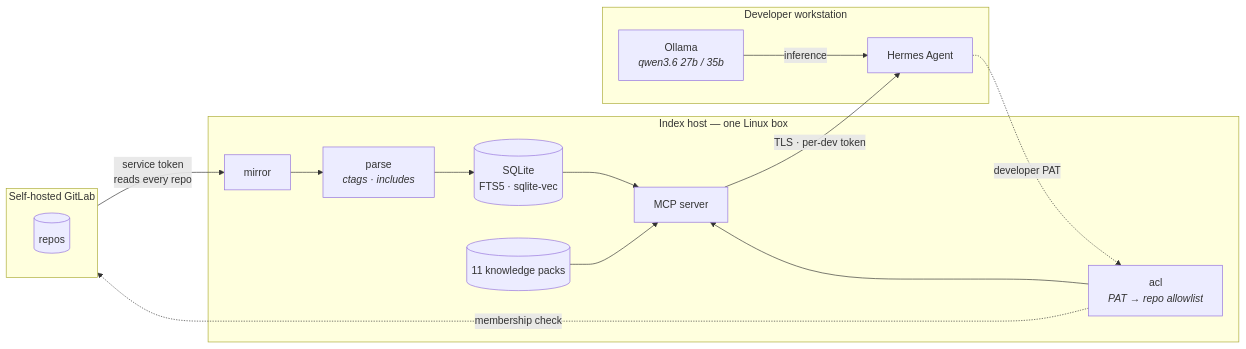
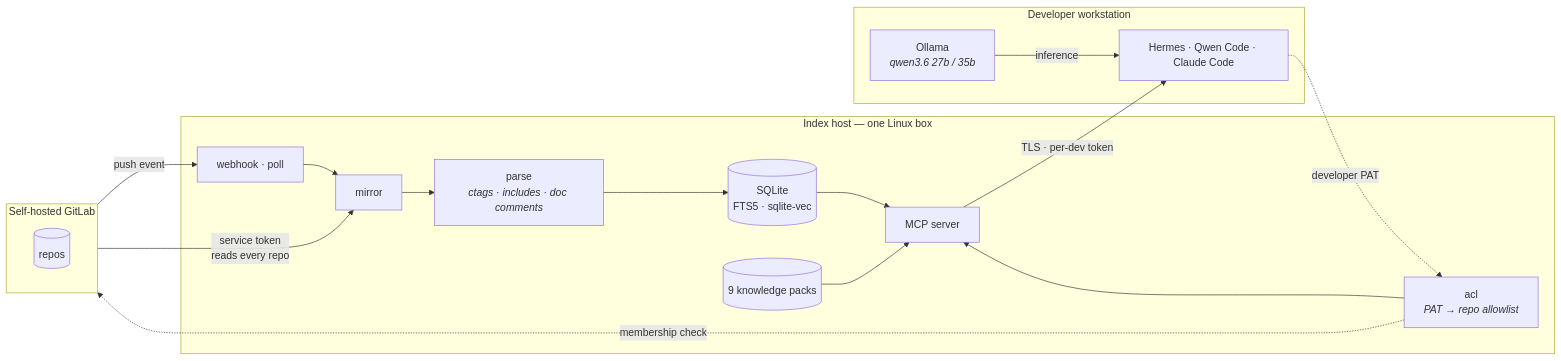
One commit to Binchitects/argus changed the third of 3 diagrams in README.md. Above: the diagram before and after it, drawn with Mermaid. The commit also changed other lines of this file, not shown here.

````diff
--- a/README.md
+++ b/README.md
@@ -859,21 +992,23 @@
 ```mermaid
 flowchart LR
     subgraph GL["Self-hosted GitLab"]
         R1[(repos)]
     end
     subgraph HOST["Index host — one Linux box"]
-        MIR["mirror"] --> PAR["parse<br/><i>ctags · includes</i>"] --> STO[("SQLite<br/>FTS5 · sqlite-vec")]
+        MIR["mirror"] --> PAR["parse<br/><i>ctags · includes · doc comments</i>"] --> STO[("SQLite<br/>FTS5 · sqlite-vec")]
         STO --> MCP["MCP server"]
         ACL["acl<br/><i>PAT → repo allowlist</i>"] --> MCP
-        PK[("11 knowledge packs")] --> MCP
+        PK[("9 knowledge packs")] --> MCP
+        HOOK["webhook · poll"] --> MIR
     end
     subgraph DEV["Developer workstation"]
-        HER["Hermes Agent"]
+        HER["Hermes · Qwen Code · Claude Code"]
         OLL["Ollama<br/><i>qwen3.6 27b / 35b</i>"]
     end
     GL -->|service token<br/>reads every repo| MIR
+    GL -->|push event| HOOK
     MCP -->|TLS · per-dev token| HER
     OLL -->|inference| HER
     HER -.->|developer PAT| ACL
     ACL -.->|membership check| GL
 ```
````
